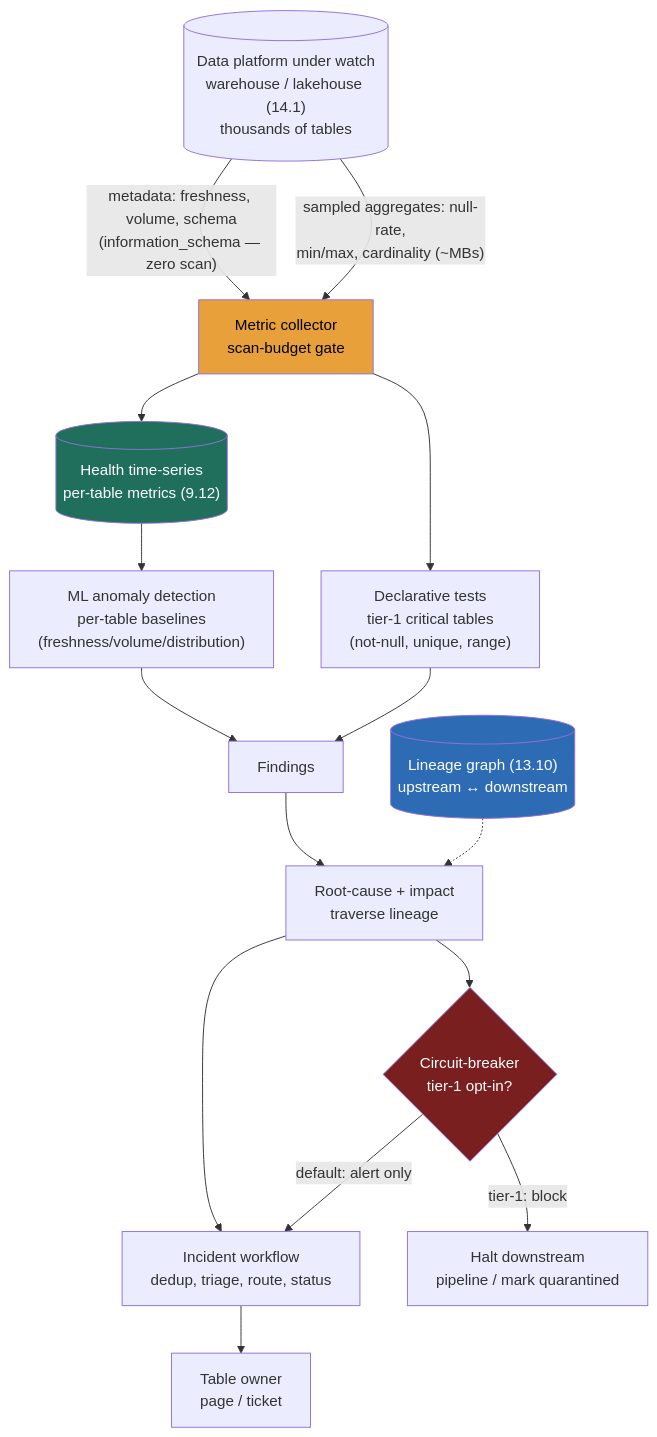
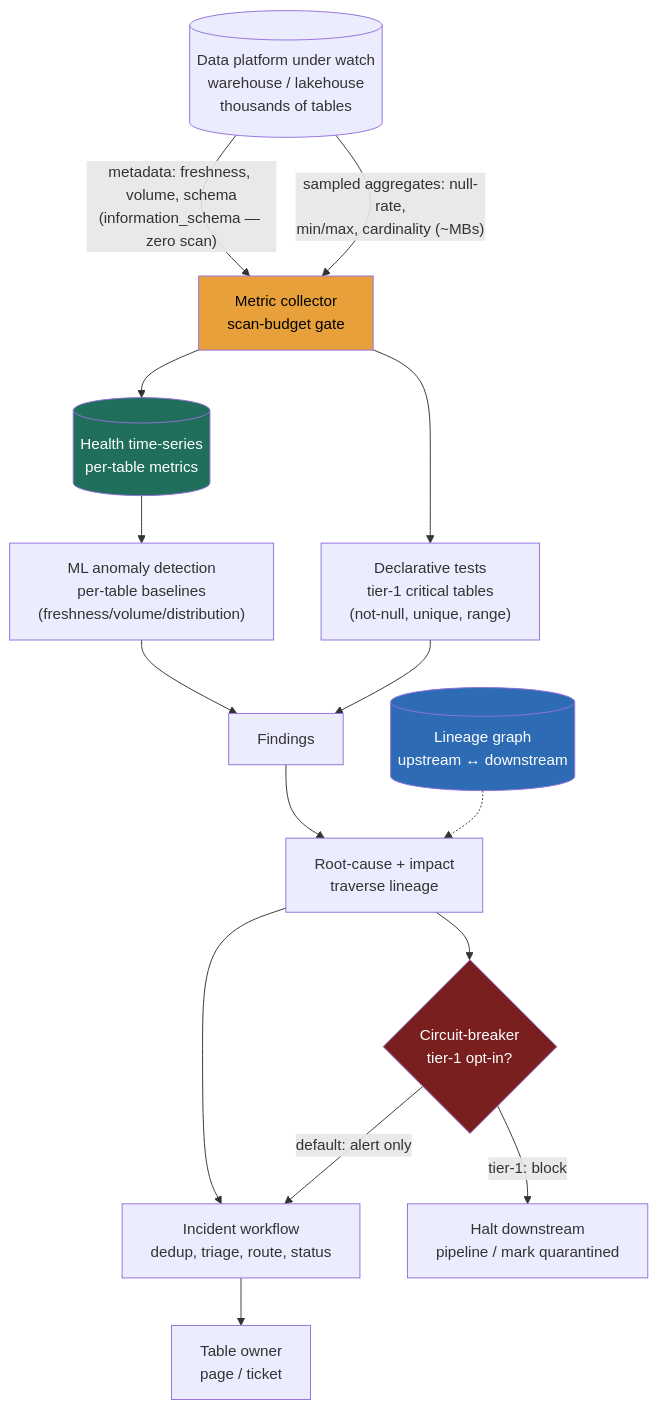
Before and after one commit to hkrathore/sysdesign-course: the diagram in src/content/docs/module-14/lesson-14-6.md, drawn with Mermaid. The commit also changed other lines of this file and 146 other files, not shown here.

````diff
--- a/src/content/docs/module-14/lesson-14-6.md
+++ b/src/content/docs/module-14/lesson-14-6.md
@@ -120,27 +120,27 @@
 ```mermaid
 flowchart TB
-    WH[("Data platform under watch<br/>warehouse / lakehouse (14.1)<br/>thousands of tables")]
+    WH[("Data platform under watch<br/>warehouse / lakehouse<br/>thousands of tables")]
     WH -->|"metadata: freshness, volume, schema<br/>(information_schema — zero scan)"| COL["Metric collector<br/>scan-budget gate"]
     WH -->|"sampled aggregates: null-rate,<br/>min/max, cardinality (~MBs)"| COL
 
-    COL --> TSDB[("Health time-series<br/>per-table metrics (9.12)")]
+    COL --> TSDB[("Health time-series<br/>per-table metrics")]
     TSDB --> ML["ML anomaly detection<br/>per-table baselines<br/>(freshness/volume/distribution)"]
     COL --> TESTS["Declarative tests<br/>tier-1 critical tables<br/>(not-null, unique, range)"]
 
     ML --> FIND["Findings"]
     TESTS --> FIND
-    LIN[("Lineage graph (13.10)<br/>upstream ↔ downstream")]
+    LIN[("Lineage graph<br/>upstream ↔ downstream")]
     FIND --> RCA["Root-cause + impact<br/>traverse lineage"]
     LIN -.-> RCA
 
     RCA --> INC["Incident workflow<br/>dedup, triage, route, status"]
     INC --> OWN["Table owner<br/>page / ticket"]
     RCA --> CB{"Circuit-breaker<br/>tier-1 opt-in?"}
     CB -->|"tier-1: block"| HALT["Halt downstream<br/>pipeline / mark quarantined"]
     CB -->|"default: alert only"| INC
 
     style COL fill:#e8a13a,color:#000
     style TSDB fill:#1f6f5c,color:#fff
     style LIN fill:#2d6cb5,color:#fff
     style CB fill:#7a1f1f,color:#fff
 ```
````
